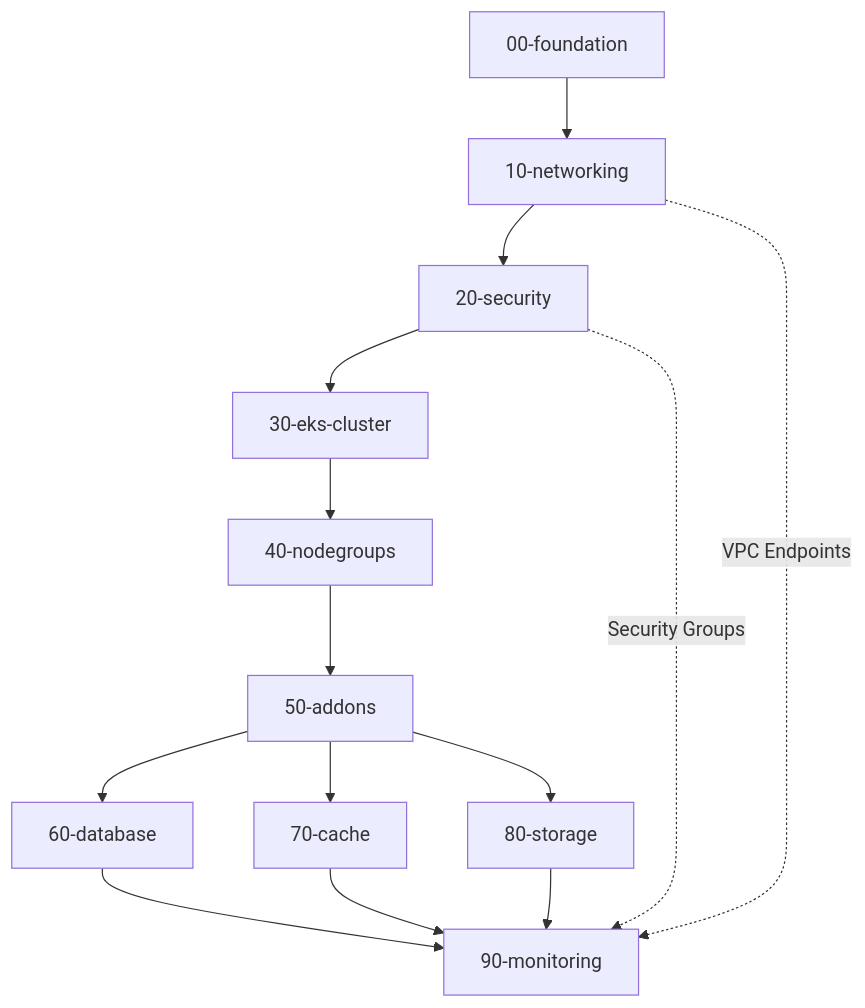
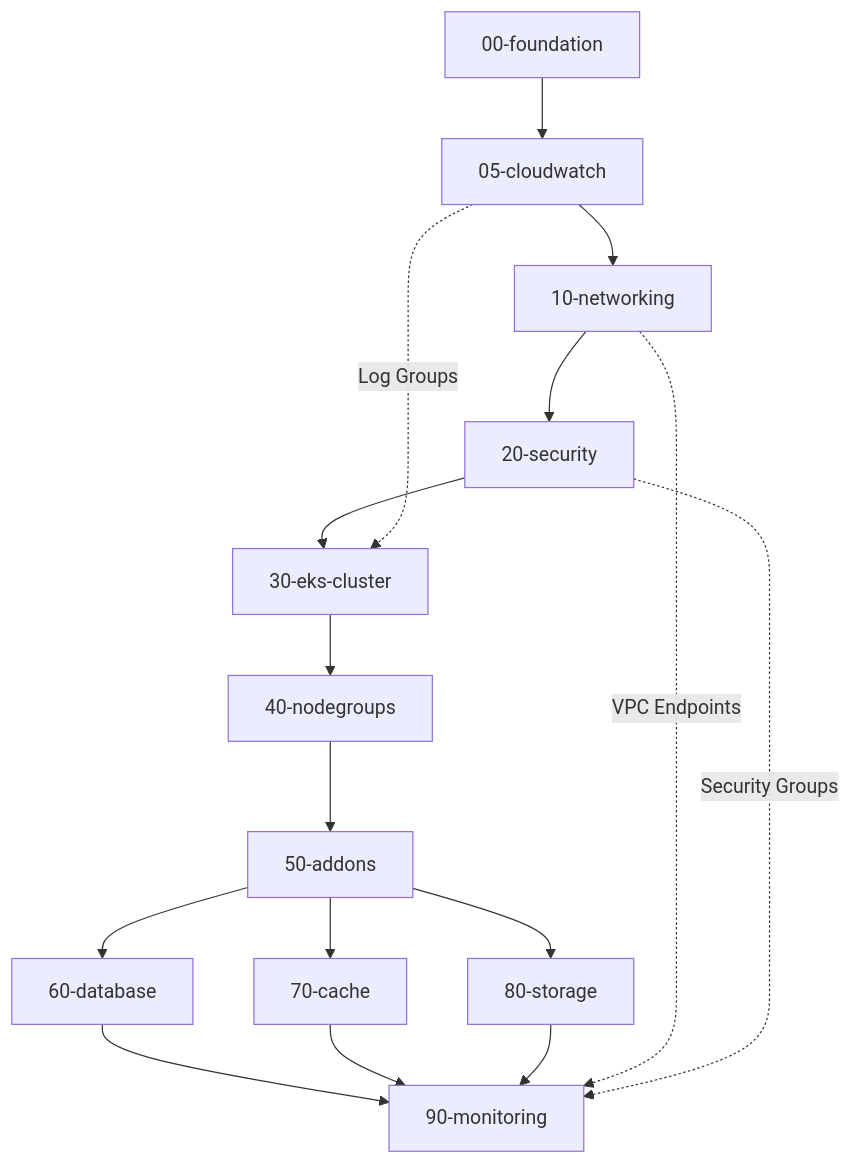
One commit to JSJ2337/AWS_EKS_terraform_code changed the third of 9 diagrams in docs/architecture.md. Above: the diagram before and after it, drawn with Mermaid. The commit also changed other lines of this file and 2 other files, not shown here.

Commit message:
docs: CloudWatch 모듈 확장 및 05-cloudwatch 레이어 문서 업데이트
- README.md: 디렉토리 구조에 05-cloudwatch 추가, 삭제 순서 업데이트
- architecture.md: 레이어 배포 순서 다이어그램 및 테이블 업데이트
- work_history: 모듈 확장 및 문서 업데이트 이력 추가

````diff
--- a/docs/architecture.md
+++ b/docs/architecture.md
@@ -117,19 +117,21 @@
 ```mermaid
 flowchart TD
-    F[00-foundation] --> N[10-networking]
+    F[00-foundation] --> CW[05-cloudwatch]
+    CW --> N[10-networking]
     N --> S[20-security]
     S --> EKS[30-eks-cluster]
     EKS --> NG[40-nodegroups]
     NG --> AD[50-addons]
 
     AD --> DB[60-database]
     AD --> CA[70-cache]
     AD --> ST[80-storage]
 
     DB --> MO[90-monitoring]
     CA --> MO
     ST --> MO
 
     N -.->|VPC Endpoints| MO
     S -.->|Security Groups| MO
+    CW -.->|Log Groups| EKS
 ```
````
